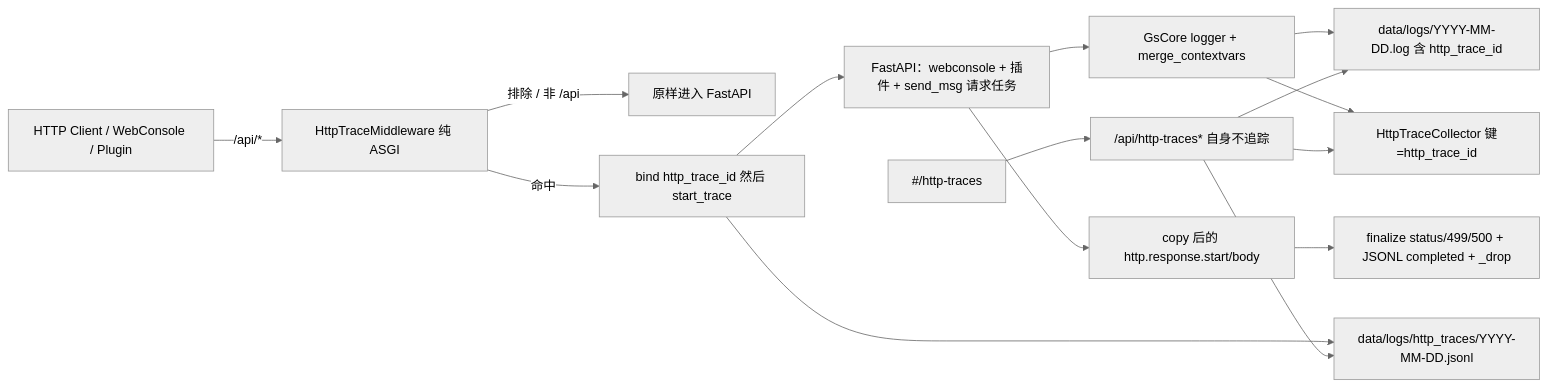
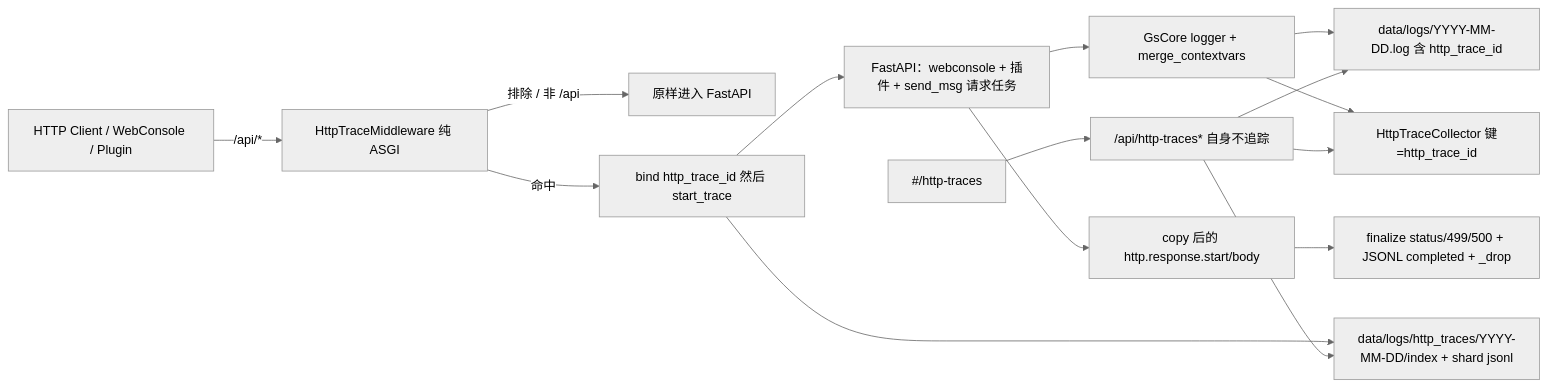
Before and after one commit to Genshin-bots/gsuid_core: the diagram in docs/HTTP_API_REQUEST_TRACES.md, drawn with Mermaid (neutral theme). The commit also changed other lines of this file and 12 other files, not shown here.

````diff
--- a/docs/HTTP_API_REQUEST_TRACES.md
+++ b/docs/HTTP_API_REQUEST_TRACES.md
@@ -106,17 +106,17 @@
 ```mermaid
 flowchart LR
   Client["HTTP Client / WebConsole / Plugin"] -->|"/api/*"| MW["HttpTraceMiddleware 纯 ASGI"]
   MW -->|排除 / 非 /api| AppSkip["原样进入 FastAPI"]
   MW -->|命中| Bind["bind http_trace_id 然后 start_trace"]
   Bind --> App["FastAPI：webconsole + 插件 + send_msg 请求任务"]
   App --> Logger["GsCore logger + merge_contextvars"]
   Logger --> Daily["data/logs/YYYY-MM-DD.log 含 http_trace_id"]
   Logger --> Coll["HttpTraceCollector 键=http_trace_id"]
-  Bind --> JSONL["data/logs/http_traces/YYYY-MM-DD.jsonl"]
+  Bind --> JSONL["data/logs/http_traces/YYYY-MM-DD/index + shard jsonl"]
   App --> Send["copy 后的 http.response.start/body"]
   Send --> Fin["finalize status/499/500 + JSONL completed + _drop"]
   UI["#/http-traces"] --> API["/api/http-traces* 自身不追踪"]
   API --> Coll
   API --> JSONL
   API --> Daily
 ```
````
